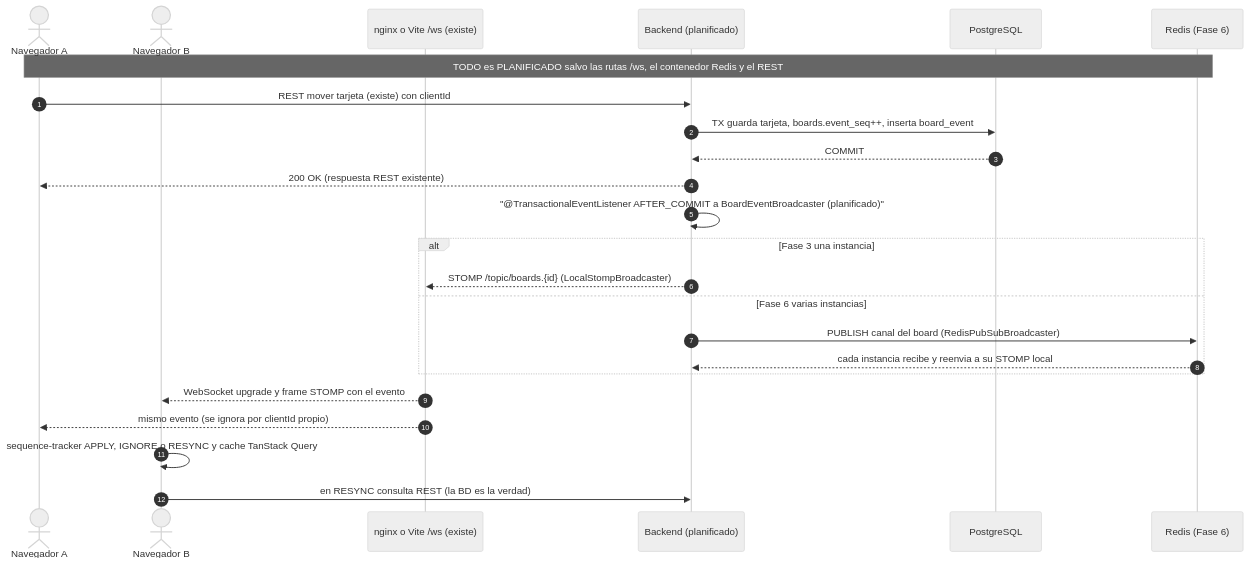
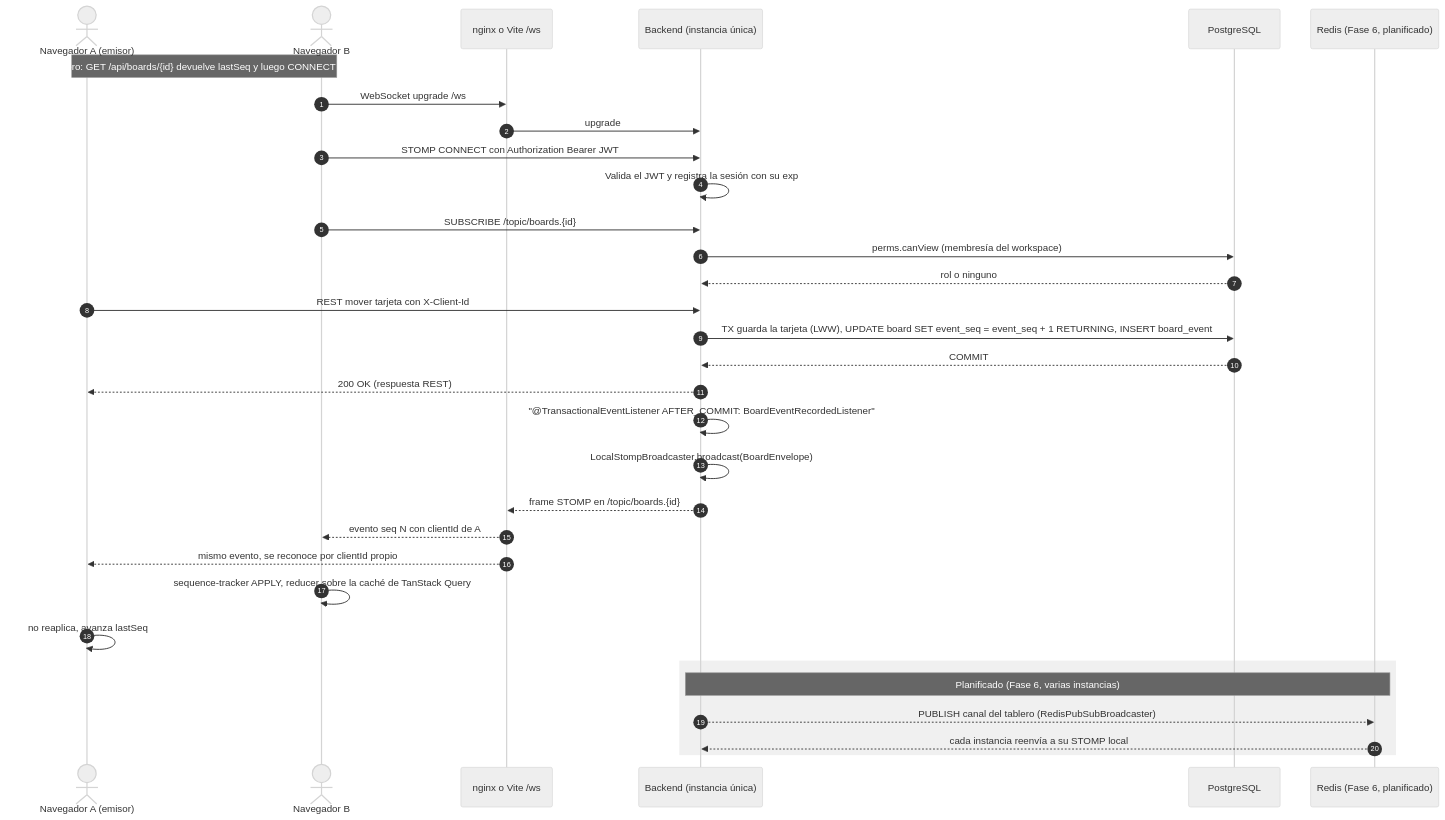
Before and after one commit to Yinnohs/cola-tabla: the fifth of 9 diagrams in docs/infra/app-diagram/app-diagram.md, drawn with Mermaid (neutral theme). The commit also changed other lines of this file and 5 other files, not shown here.

First line of the commit message:
Feature (docs): update app diagram with phases 2-4 and fix doc inconsistencies

````diff
--- a/docs/infra/app-diagram/app-diagram.md
+++ b/docs/infra/app-diagram/app-diagram.md
@@ -134,27 +227,37 @@
 ```mermaid
 sequenceDiagram
     autonumber
-    actor A as Navegador A
+    actor A as Navegador A (emisor)
     actor B as Navegador B
-    participant NG as nginx o Vite /ws (existe)
-    participant BE as Backend (planificado)
+    participant NG as nginx o Vite /ws
+    participant BE as Backend (instancia única)
     participant DB as PostgreSQL
-    participant RD as Redis (Fase 6)
+    participant RD as Redis (Fase 6, planificado)
 
-    Note over A,RD: TODO es PLANIFICADO salvo las rutas /ws, el contenedor Redis y el REST
-    A->>BE: REST mover tarjeta (existe) con clientId
-    BE->>DB: TX guarda tarjeta, boards.event_seq++, inserta board_event
+    Note over A,B: Al abrir el tablero: GET /api/boards/{id} devuelve lastSeq y luego CONNECT y SUBSCRIBE
+    B->>NG: WebSocket upgrade /ws
+    NG->>BE: upgrade
+    B->>BE: STOMP CONNECT con Authorization Bearer JWT
+    BE->>BE: Valida el JWT y registra la sesión con su exp
+    B->>BE: SUBSCRIBE /topic/boards.{id}
+    BE->>DB: perms.canView (membresía del workspace)
+    DB-->>BE: rol o ninguno
+
+    A->>BE: REST mover tarjeta con X-Client-Id
+    BE->>DB: TX guarda la tarjeta (LWW), UPDATE board SET event_seq = event_seq + 1 RETURNING, INSERT board_event
     DB-->>BE: COMMIT
-    BE-->>A: 200 OK (respuesta REST existente)
-    BE->>BE: "@TransactionalEventListener AFTER_COMMIT a BoardEventBroadcaster (planificado)"
-    alt Fase 3 una instancia
-        BE-->>NG: STOMP /topic/boards.{id} (LocalStompBroadcaster)
-    else Fase 6 varias instancias
-        BE->>RD: PUBLISH canal del board (RedisPubSubBroadcaster)
-        RD-->>BE: cada instancia recibe y reenvia a su STOMP local
+    BE-->>A: 200 OK (respuesta REST)
+    BE->>BE: "@TransactionalEventListener AFTER_COMMIT: BoardEventRecordedListener"
+    BE->>BE: LocalStompBroadcaster.broadcast(BoardEnvelope)
+    BE-->>NG: frame STOMP en /topic/boards.{id}
+    NG-->>B: evento seq N con clientId de A
+    NG-->>A: mismo evento, se reconoce por clientId propio
+    B->>B: sequence-tracker APPLY, reducer sobre la caché de TanStack Query
+    A->>A: no reaplica, avanza lastSeq
+
+    rect rgb(240, 240, 240)
+    Note over BE,RD: Planificado (Fase 6, varias instancias)
+    BE-->>RD: PUBLISH canal del tablero (RedisPubSubBroadcaster)
+    RD-->>BE: cada instancia reenvía a su STOMP local
     end
-    NG-->>B: WebSocket upgrade y frame STOMP con el evento
-    NG-->>A: mismo evento (se ignora por clientId propio)
-    B->>B: sequence-tracker APPLY, IGNORE o RESYNC y cache TanStack Query
-    B->>BE: en RESYNC consulta REST (la BD es la verdad)
 ```
````
